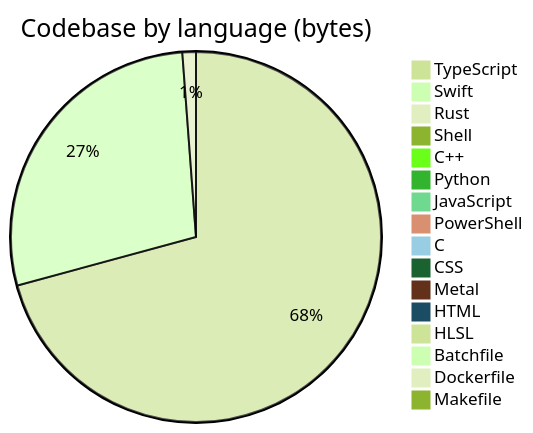
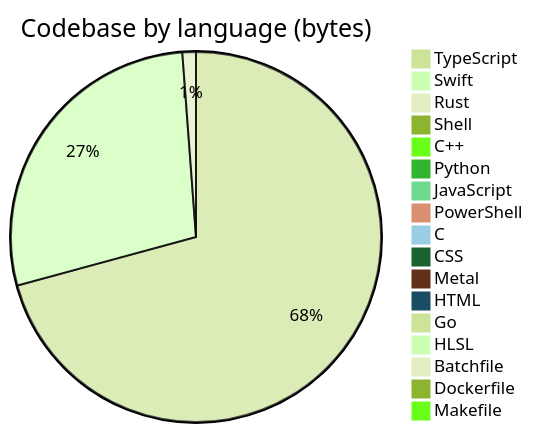
Before and after one commit to Open330/.github: the diagram in profile/README.md, drawn with Mermaid (forest theme). The commit also changed other lines of this file, not shown here.

````diff
--- a/profile/README.md
+++ b/profile/README.md
@@ -124,19 +125,20 @@
 ```mermaid
 pie title Codebase by language (bytes)
     "TypeScript" : 33807930
     "Swift" : 13392718
     "Rust" : 564235
-    "Shell" : 432956
+    "Shell" : 439422
     "C++" : 388775
     "Python" : 294503
     "JavaScript" : 182753
     "PowerShell" : 128198
     "C" : 114143
     "CSS" : 71809
     "Metal" : 33033
     "HTML" : 31957
+    "Go" : 22811
     "HLSL" : 7527
     "Batchfile" : 5870
     "Dockerfile" : 4893
     "Makefile" : 1150
 ```
````
